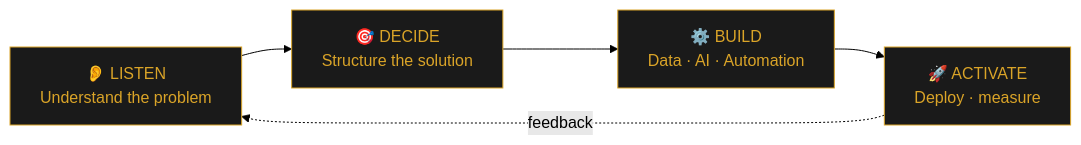
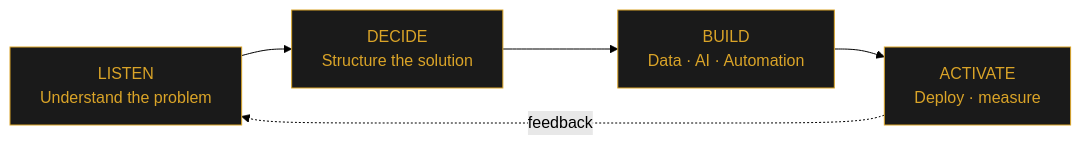
Before and after one commit to GracianB/GracianB: the first of 3 diagrams in README.md, drawn with Mermaid (forest theme). The commit also changed other lines of this file, not shown here.

````diff
--- a/README.md
+++ b/README.md
@@ -230,12 +226,12 @@
 ```mermaid
 flowchart LR
-    A["👂 LISTEN<br/>Understand the problem"] --> B["🎯 DECIDE<br/>Structure the solution"]
-    B --> C["⚙️ BUILD<br/>Data · AI · Automation"]
-    C --> D["🚀 ACTIVATE<br/>Deploy · measure"]
+    A["LISTEN<br/>Understand the problem"] --> B["DECIDE<br/>Structure the solution"]
+    B --> C["BUILD<br/>Data · AI · Automation"]
+    C --> D["ACTIVATE<br/>Deploy · measure"]
     D -. feedback .-> A
 
     style A fill:#1a1a1a,stroke:#DAA428,color:#DAA428
     style B fill:#1a1a1a,stroke:#DAA428,color:#DAA428
     style C fill:#1a1a1a,stroke:#DAA428,color:#DAA428
     style D fill:#1a1a1a,stroke:#DAA428,color:#DAA428
 ```
````
